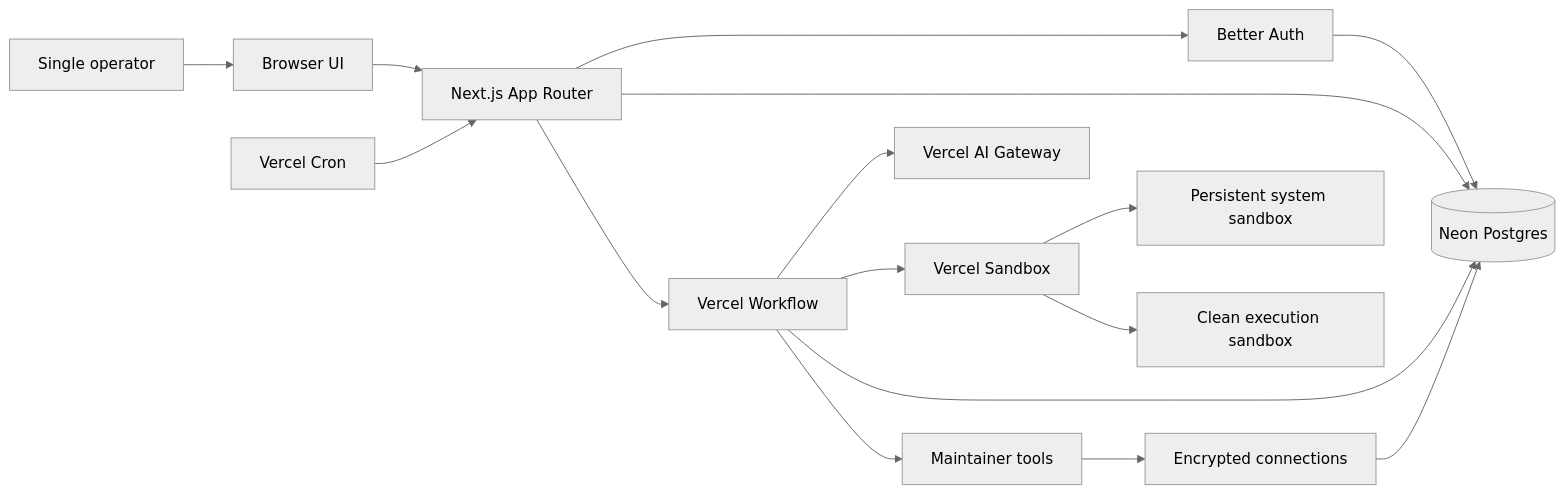
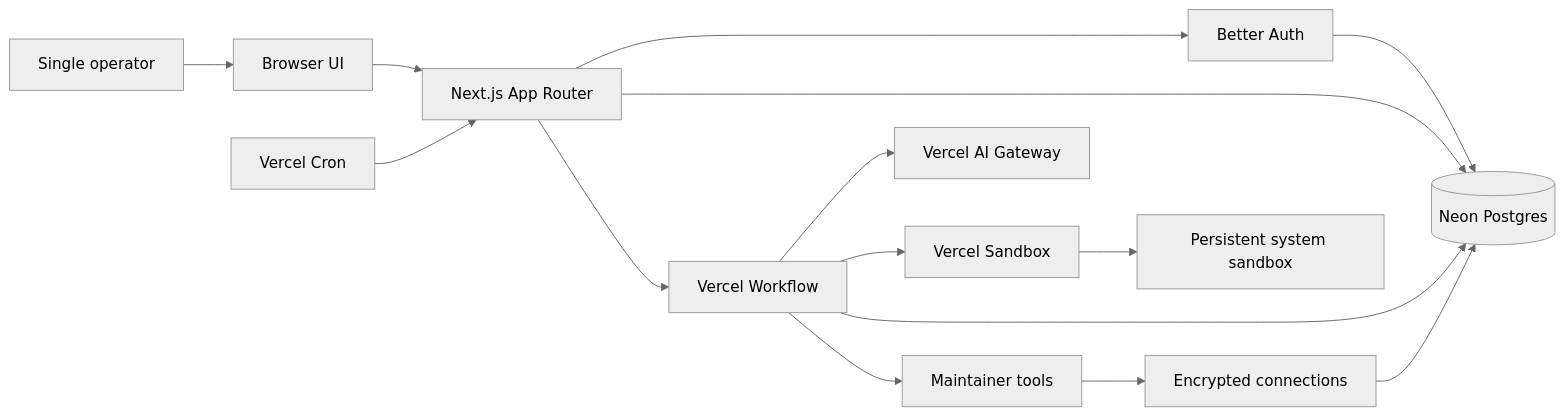
Before and after one commit to TommyBez/outname: the first of 6 diagrams in README.md, drawn with Mermaid (neutral theme). The commit also changed other lines of this file and 30 other files, not shown here.

First line of the commit message:
refactor: remove the per-agent execution sandbox (#63)

````diff
--- a/README.md
+++ b/README.md
@@ -24,23 +24,22 @@
 ```mermaid
 flowchart LR
   Operator[Single operator] --> Browser[Browser UI]
   Browser --> Next[Next.js App Router]
 
   Next --> Auth[Better Auth]
   Auth --> DB[(Neon Postgres)]
   Next --> DB
 
   Next --> Workflow[Vercel Workflow]
   Workflow --> Gateway[Vercel AI Gateway]
   Workflow --> Sandbox[Vercel Sandbox]
   Workflow --> DB
 
   Sandbox --> SystemSandbox[Persistent system sandbox]
-  Sandbox --> ExecSandbox[Clean execution sandbox]
 
   Workflow --> Tools[Maintainer tools]
   Tools --> Connections[Encrypted connections]
   Connections --> DB
 
   Cron[Vercel Cron] --> Next
 ```
````
